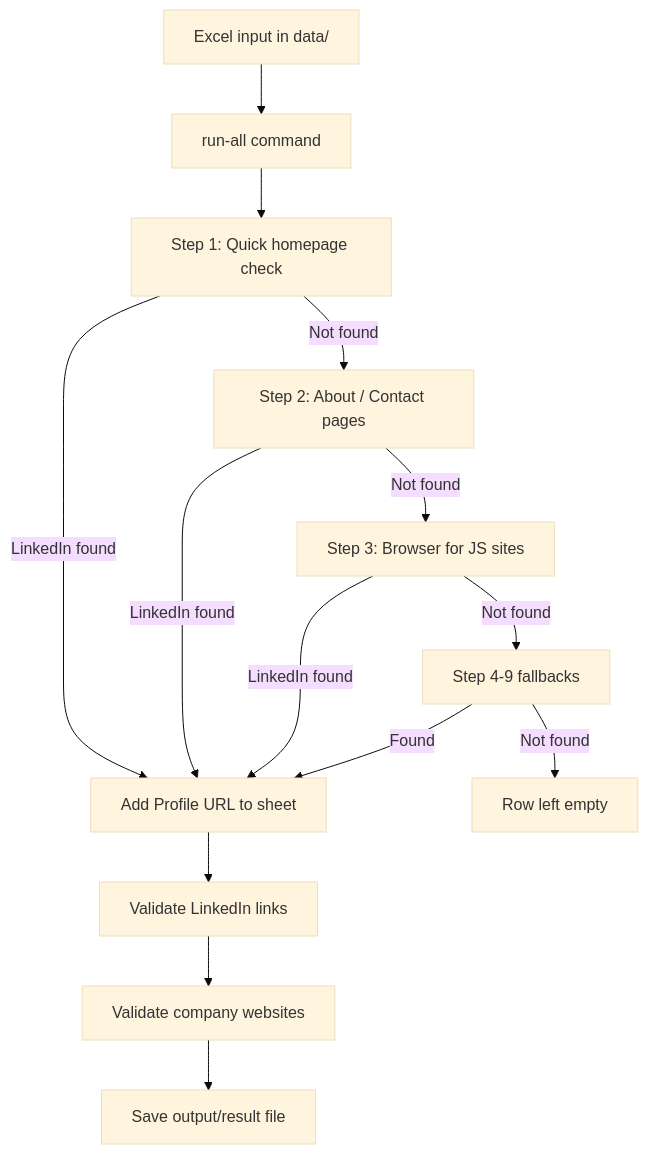
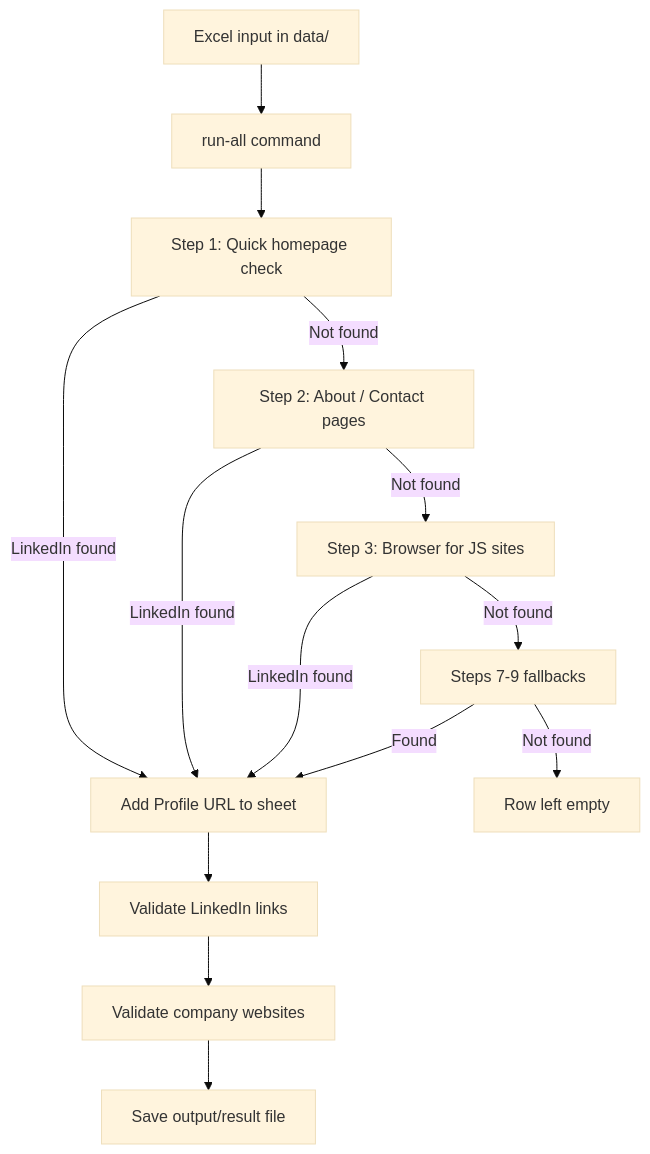
One commit to Sauravmehto/LinkedinScraper changed the diagram in docs/HOW_IT_WORKS.md. Above: the diagram before and after it, drawn with Mermaid (base theme). The commit also changed other lines of this file and 8 other files, not shown here.

````diff
--- a/docs/HOW_IT_WORKS.md
+++ b/docs/HOW_IT_WORKS.md
@@ -30,16 +30,16 @@
 ```mermaid
 flowchart TD
     A[Excel input in data/] --> B[run-all command]
     B --> C[Step 1: Quick homepage check]
     C -->|LinkedIn found| G[Add Profile URL to sheet]
     C -->|Not found| D[Step 2: About / Contact pages]
     D -->|LinkedIn found| G
     D -->|Not found| E[Step 3: Browser for JS sites]
     E -->|LinkedIn found| G
-    E -->|Not found| K[Step 4-9 fallbacks]
+    E -->|Not found| K[Steps 7-9 fallbacks]
     K -->|Found| G
     K -->|Not found| F[Row left empty]
     G --> H[Validate LinkedIn links]
     H --> I[Validate company websites]
     I --> J[Save output/result file]
 ```
````
